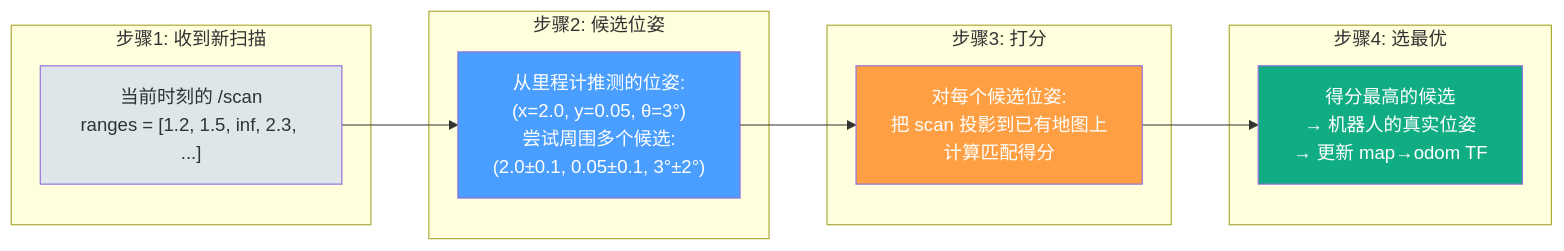
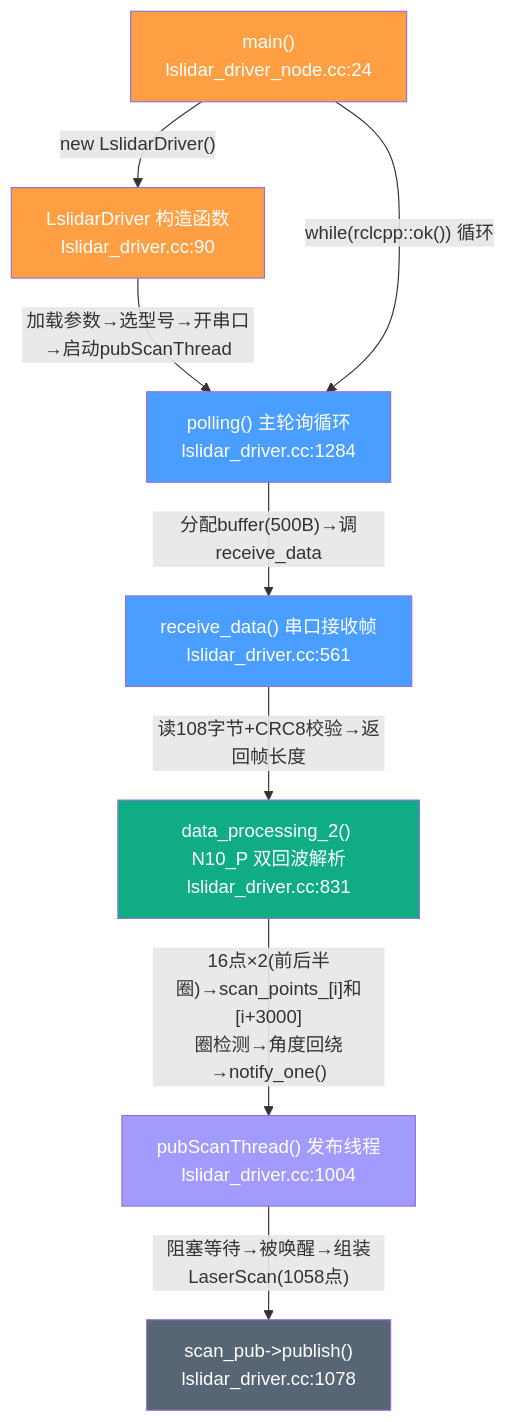
Before and after one commit to yangou-ylz/n10p_laser_ros2: diagram 17 of 25 in learn.md, drawn with Mermaid. The commit also changed other lines of this file and 32 other files, not shown here.

````diff
--- a/learn.md
+++ b/learn.md
@@ -3011,25 +1230,26 @@
 ```mermaid
-flowchart LR
-    subgraph STEP1["步骤1: 收到新扫描"]
-        S1["当前时刻的 /scan<br/>ranges = [1.2, 1.5, inf, 2.3, ...]"]
-    end
+flowchart TB
+    MAIN["main()<br/>lslidar_driver_node.cc:24"]
+    CONSTRUCTOR["LslidarDriver 构造函数<br/>lslidar_driver.cc:90"]
+    POLLING["polling() 主轮询循环<br/>lslidar_driver.cc:1284"]
+    RECEIVE["receive_data() 串口接收帧<br/>lslidar_driver.cc:561"]
+    DP2["data_processing_2() N10_P 双回波解析<br/>lslidar_driver.cc:831"]
+    PUB_THREAD["pubScanThread() 发布线程<br/>lslidar_driver.cc:1004"]
+    PUBLISH["scan_pub->publish()<br/>lslidar_driver.cc:1078"]
 
-    subgraph STEP2["步骤2: 候选位姿"]
-        S2["从里程计推测的位姿:<br/>(x=2.0, y=0.05, θ=3°)<br/>尝试周围多个候选:<br/>(2.0±0.1, 0.05±0.1, 3°±2°)"]
-    end
+    MAIN -->|"new LslidarDriver()"| CONSTRUCTOR
+    CONSTRUCTOR -->|"加载参数→选型号→开串口→启动pubScanThread"| POLLING
+    MAIN -->|"while(rclcpp::ok()) 循环"| POLLING
+    POLLING -->|"分配buffer(500B)→调receive_data"| RECEIVE
+    RECEIVE -->|"读108字节+CRC8校验→返回帧长度"| DP2
+    DP2 -->|"16点×2(前后半圈)→scan_points_[i]和[i+3000]<br/>圈检测→角度回绕→notify_one()"| PUB_THREAD
+    PUB_THREAD -->|"阻塞等待→被唤醒→组装LaserScan(1058点)"| PUBLISH
 
-    subgraph STEP3["步骤3: 打分"]
-        S3["对每个候选位姿:<br/>把 scan 投影到已有地图上<br/>计算匹配得分"]
-    end
-
-    subgraph STEP4["步骤4: 选最优"]
-        S4["得分最高的候选<br/>→ 机器人的真实位姿<br/>→ 更新 map→odom TF"]
-    end
-
-    S1 --> S2 --> S3 --> S4
-
-    style S1 fill:#dfe6e9,color:#2d3436
-    style S2 fill:#4a9eff,color:#fff
-    style S3 fill:#ff9f43,color:#fff
-    style S4 fill:#10ac84,color:#fff
+    style MAIN fill:#ff9f43,color:#fff
+    style CONSTRUCTOR fill:#ff9f43,color:#fff
+    style POLLING fill:#4a9eff,color:#fff
+    style RECEIVE fill:#4a9eff,color:#fff
+    style DP2 fill:#10ac84,color:#fff
+    style PUB_THREAD fill:#a29bfe,color:#fff
+    style PUBLISH fill:#576574,color:#fff
 ```
````
